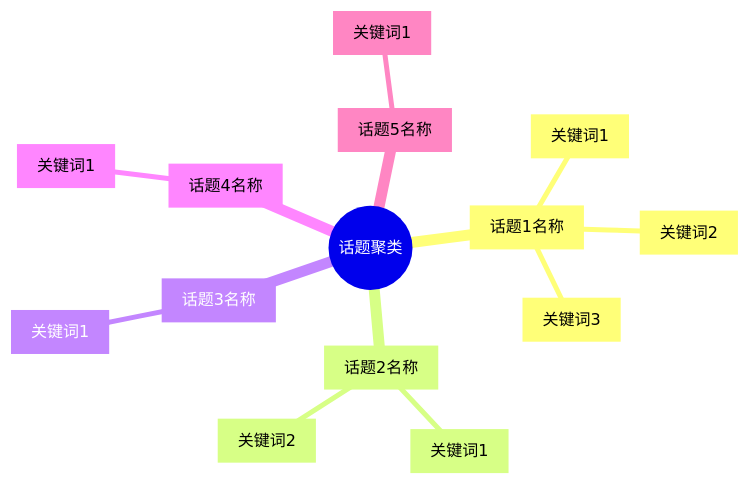
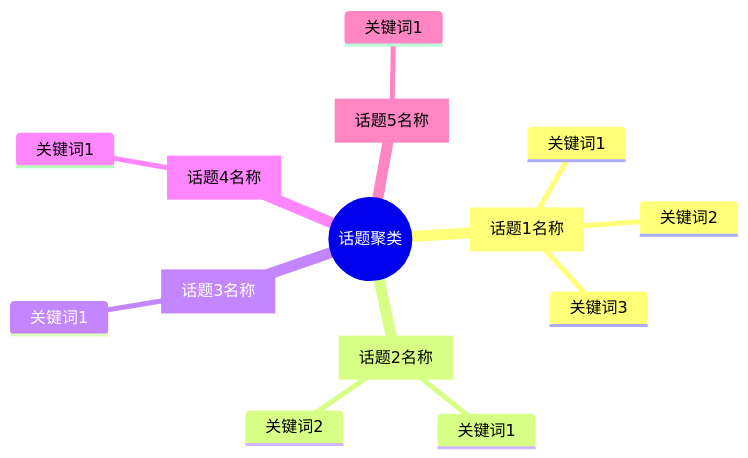
One commit to buluslan/review-analyzer-skill changed the diagram in src/prompts/chapters/chapter_11_keyword_clustering.md. Above: the diagram before and after it, drawn with Mermaid. The commit also changed other lines of this file and 3 other files, not shown here.

First line of the commit message:
feat: mermaid图表改为中文标签 + 补全飞书白板缺失图表

````diff
--- a/src/prompts/chapters/chapter_11_keyword_clustering.md
+++ b/src/prompts/chapters/chapter_11_keyword_clustering.md
@@ -11,17 +13,17 @@
 ```mermaid
 mindmap
   root((话题聚类))
     [话题1名称]
-      [关键词1]
-      [关键词2]
-      [关键词3]
+      关键词1
+      关键词2
+      关键词3
     [话题2名称]
-      [关键词1]
-      [关键词2]
+      关键词1
+      关键词2
     [话题3名称]
-      [关键词1]
+      关键词1
     [话题4名称]
-      [关键词1]
+      关键词1
     [话题5名称]
-      [关键词1]
+      关键词1
 ```
````
